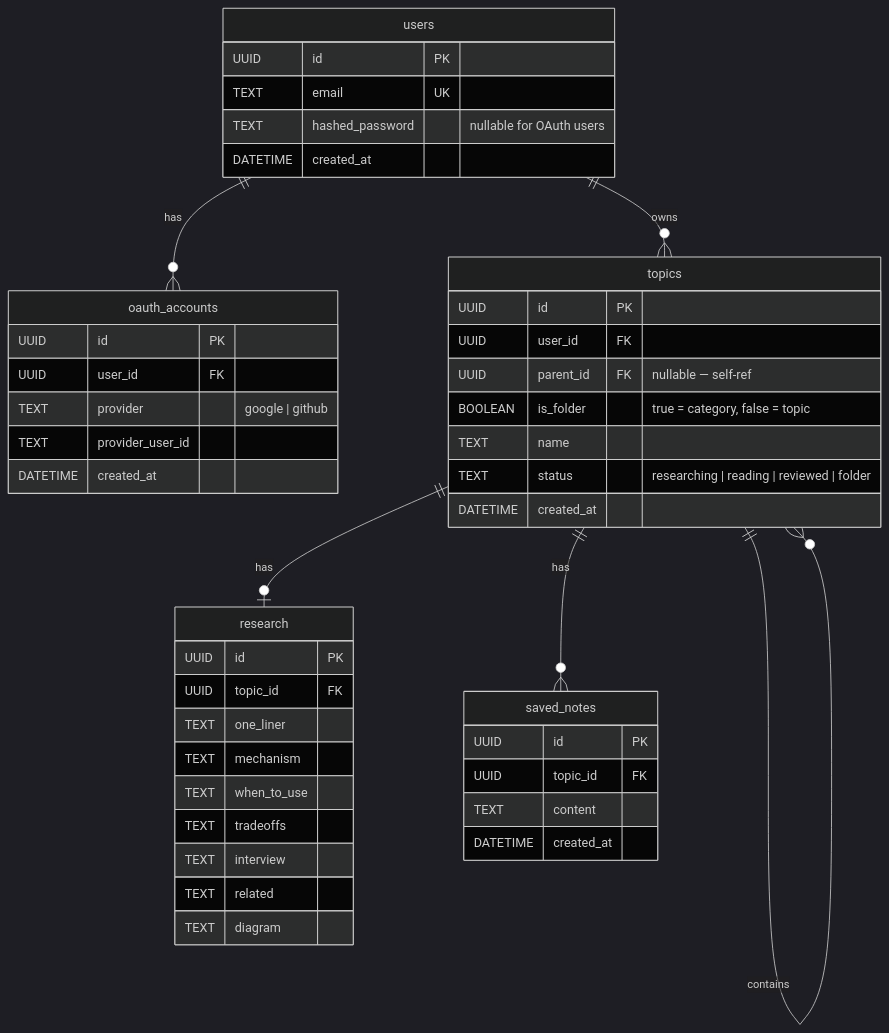
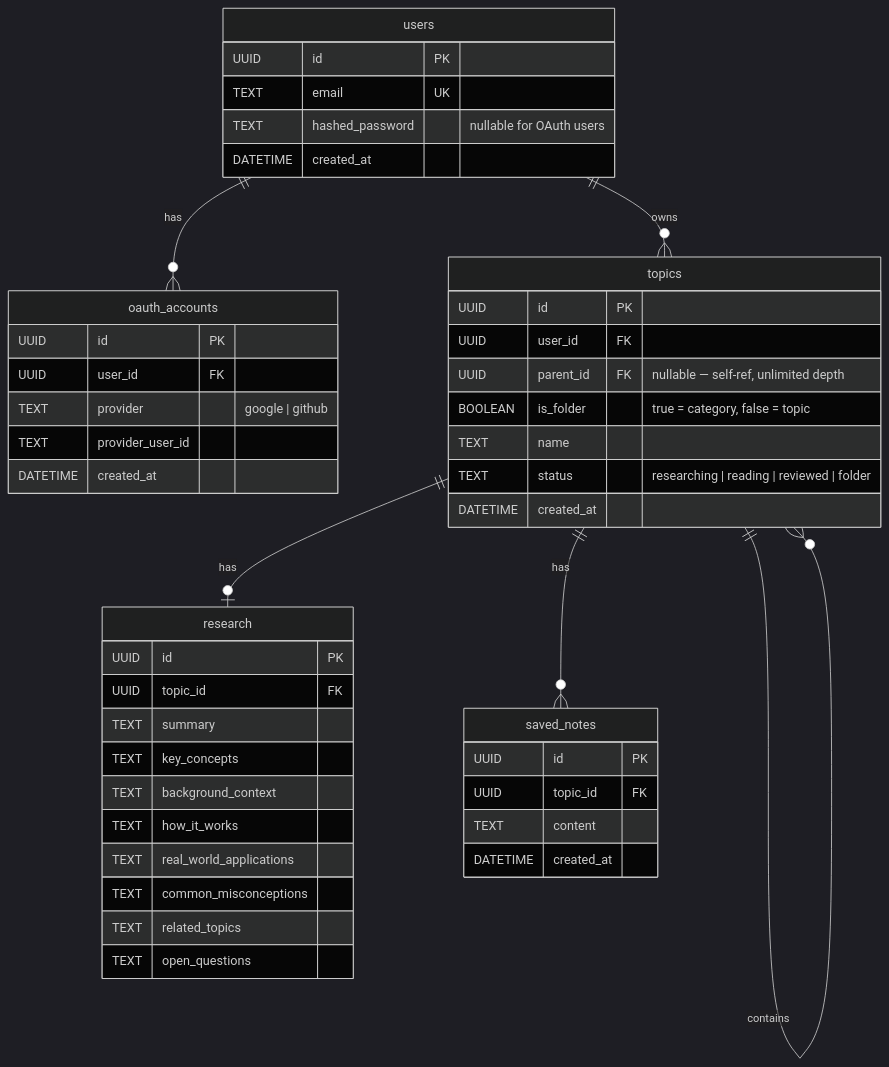
One commit to Halderpritam123/custom-notebook changed the second of 4 diagrams in backend/BACKEND.md. Above: the diagram before and after it, drawn with Mermaid (dark theme). The commit also changed other lines of this file and 51 other files, not shown here.

````diff
--- a/backend/BACKEND.md
+++ b/backend/BACKEND.md
@@ -94,48 +98,49 @@
 ```mermaid
 erDiagram
     users {
         UUID id PK
         TEXT email UK
         TEXT hashed_password "nullable for OAuth users"
         DATETIME created_at
     }
     oauth_accounts {
         UUID id PK
         UUID user_id FK
         TEXT provider "google | github"
         TEXT provider_user_id
         DATETIME created_at
     }
     topics {
         UUID id PK
         UUID user_id FK
-        UUID parent_id FK "nullable — self-ref"
+        UUID parent_id FK "nullable — self-ref, unlimited depth"
         BOOLEAN is_folder "true = category, false = topic"
         TEXT name
         TEXT status "researching | reading | reviewed | folder"
         DATETIME created_at
     }
     research {
         UUID id PK
         UUID topic_id FK
-        TEXT one_liner
-        TEXT mechanism
-        TEXT when_to_use
-        TEXT tradeoffs
-        TEXT interview
-        TEXT related
-        TEXT diagram
+        TEXT summary
+        TEXT key_concepts
+        TEXT background_context
+        TEXT how_it_works
+        TEXT real_world_applications
+        TEXT common_misconceptions
+        TEXT related_topics
+        TEXT open_questions
     }
     saved_notes {
         UUID id PK
         UUID topic_id FK
         TEXT content
         DATETIME created_at
     }
 
     users ||--o{ topics : owns
     users ||--o{ oauth_accounts : has
     topics ||--o| research : has
     topics ||--o{ saved_notes : has
     topics ||--o{ topics : contains
 ```
````
